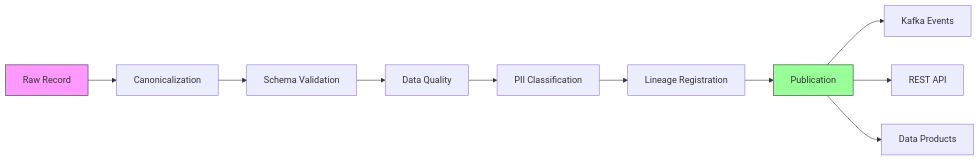
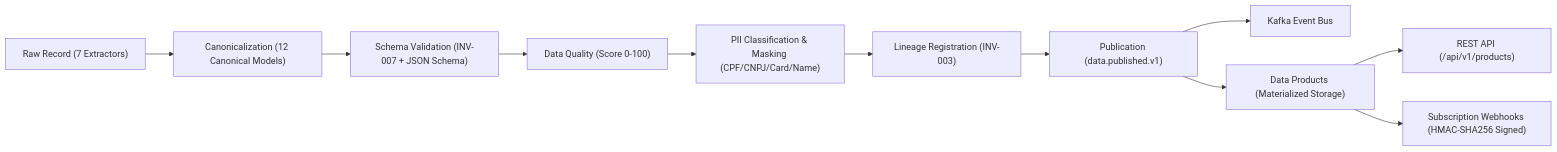
Before and after one commit to aurix-core-banking/aurix-openfinance: the diagram in architecture/diagrams/data-flow.mmd, drawn with Mermaid. The commit also changed 14 other files, not shown here.

Commit message:
feat(openfinance): granular sub-resources (saldos, parcelas_emprestimo, transacoes) and updated architecture diagrams (Closes #17, Closes #18) (#19)

```diff
--- a/architecture/diagrams/data-flow.mmd
+++ b/architecture/diagrams/data-flow.mmd
@@ -1,14 +1,12 @@
 graph LR
-    A[Raw Record] --> B[Canonicalization]
-    B --> C[Schema Validation]
-    C --> D[Data Quality]
-    D --> E[PII Classification]
-    E --> F[Lineage Registration]
-    F --> G[Publication]
-    
-    G --> H[Kafka Events]
-    G --> I[REST API]
-    G --> J[Data Products]
-    
-    style A fill:#f9f,stroke:#333
-    style G fill:#9f9,stroke:#333
+    A["Raw Record (7 Extractors)"] --> B["Canonicalization (12 Canonical Models)"]
+    B --> C["Schema Validation (INV-007 + JSON Schema)"]
+    C --> D["Data Quality (Score 0-100)"]
+    D --> E["PII Classification & Masking (CPF/CNPJ/Card/Name)"]
+    E --> F["Lineage Registration (INV-003)"]
+    F --> G["Publication (data.published.v1)"]
+
+    G --> H["Kafka Event Bus"]
+    G --> I["Data Products (Materialized Storage)"]
+    I --> J["REST API (/api/v1/products)"]
+    I --> K["Subscription Webhooks (HMAC-SHA256 Signed)"]
```
